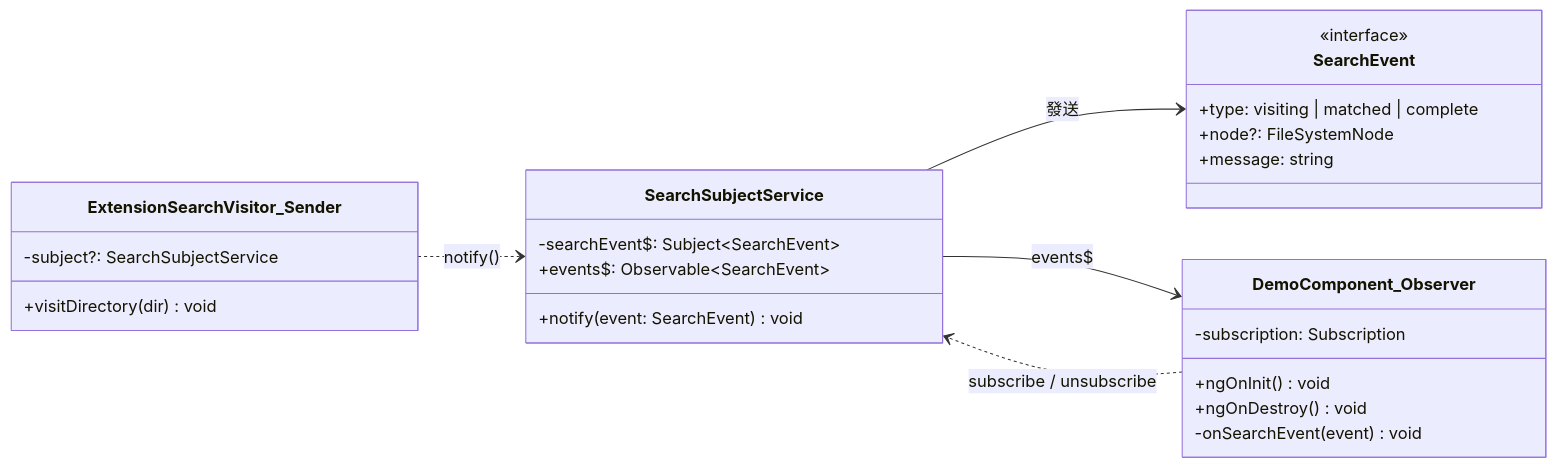
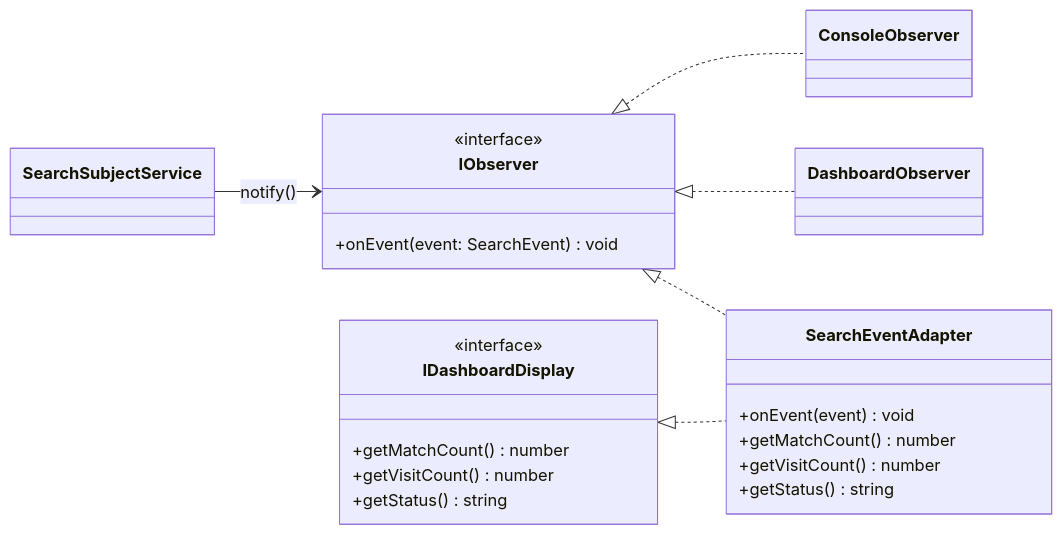
Before and after one commit to Sean11133/XD: the third of 8 diagrams in README.md, drawn with Mermaid. The commit also changed other lines of this file, not shown here.

````diff
--- a/README.md
+++ b/README.md
@@ -752,34 +482,29 @@
 ```mermaid
 classDiagram
     direction LR
 
-    class SearchEvent {
+    class IObserver {
         <<interface>>
-        +type: visiting | matched | complete
-        +node?: FileSystemNode
-        +message: string
+        +onEvent(event: SearchEvent) void
     }
 
-    class SearchSubjectService {
-        -searchEvent$: Subject~SearchEvent~
-        +events$: Observable~SearchEvent~
-        +notify(event: SearchEvent) void
+    class IDashboardDisplay {
+        <<interface>>
+        +getMatchCount() number
+        +getVisitCount() number
+        +getStatus() string
     }
 
-    class DemoComponent_Observer {
-        -subscription: Subscription
-        +ngOnInit() void
-        +ngOnDestroy() void
-        -onSearchEvent(event) void
+    class SearchEventAdapter {
+        +onEvent(event) void
+        +getMatchCount() number
+        +getVisitCount() number
+        +getStatus() string
     }
 
-    class ExtensionSearchVisitor_Sender {
-        -subject?: SearchSubjectService
-        +visitDirectory(dir) void
-    }
-
-    SearchSubjectService --> SearchEvent : 發送
-    ExtensionSearchVisitor_Sender ..> SearchSubjectService : notify()
-    DemoComponent_Observer ..> SearchSubjectService : subscribe / unsubscribe
-    SearchSubjectService --> DemoComponent_Observer : events$
+    IObserver <|.. ConsoleObserver
+    IObserver <|.. DashboardObserver
+    IObserver <|.. SearchEventAdapter
+    IDashboardDisplay <|.. SearchEventAdapter
+    SearchSubjectService --> IObserver : notify()
 ```
````
